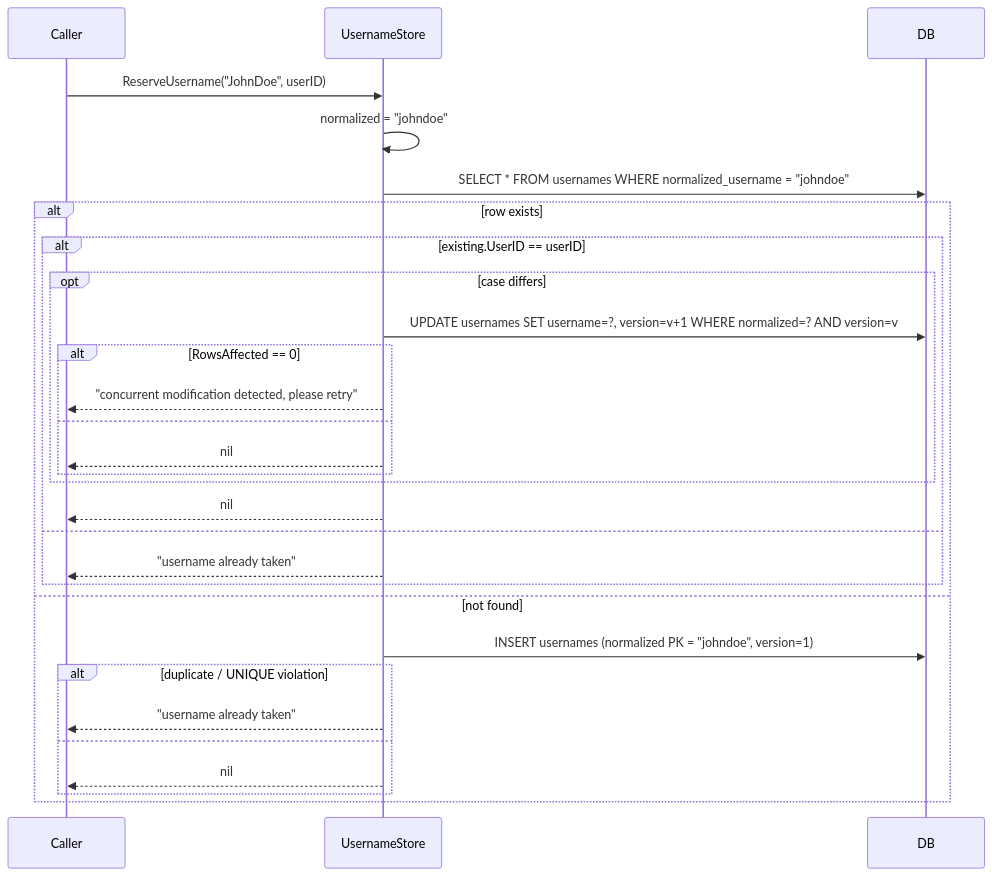
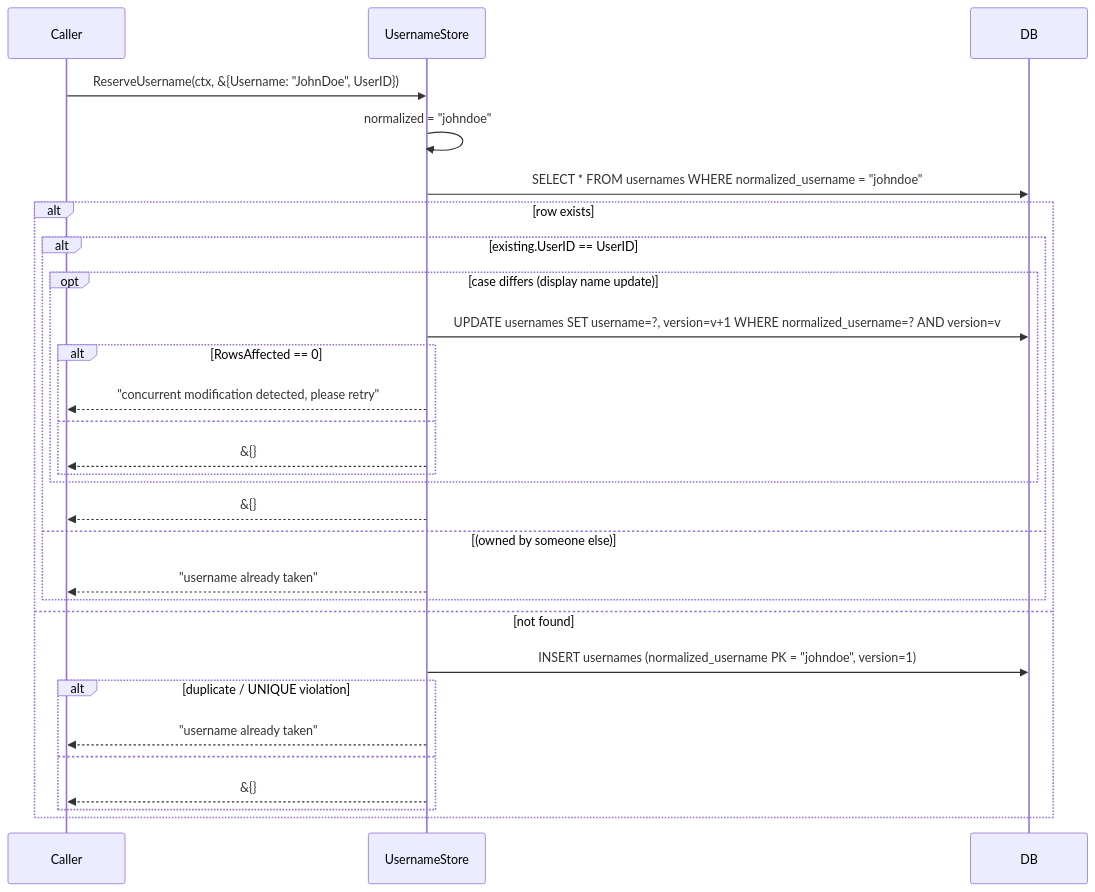
One commit to panyam/oneauth changed the fourth of 5 diagrams in stores/gorm/DESIGN.md. Above: the diagram before and after it, drawn with Mermaid. The commit also changed other lines of this file and 38 other files, not shown here.

````diff
--- a/stores/gorm/DESIGN.md
+++ b/stores/gorm/DESIGN.md
@@ -128,31 +132,31 @@
 ```mermaid
 sequenceDiagram
     participant Caller
     participant UsernameStore
     participant DB
-    Caller->>UsernameStore: ReserveUsername("JohnDoe", userID)
+    Caller->>UsernameStore: ReserveUsername(ctx, &{Username: "JohnDoe", UserID})
     UsernameStore->>UsernameStore: normalized = "johndoe"
     UsernameStore->>DB: SELECT * FROM usernames WHERE normalized_username = "johndoe"
     alt row exists
-        alt existing.UserID == userID
-            opt case differs
-                UsernameStore->>DB: UPDATE usernames SET username=?, version=v+1 WHERE normalized=? AND version=v
+        alt existing.UserID == UserID
+            opt case differs (display name update)
+                UsernameStore->>DB: UPDATE usernames SET username=?, version=v+1 WHERE normalized_username=? AND version=v
                 alt RowsAffected == 0
                     UsernameStore-->>Caller: "concurrent modification detected, please retry"
                 else
-                    UsernameStore-->>Caller: nil
+                    UsernameStore-->>Caller: &{}
                 end
             end
-            UsernameStore-->>Caller: nil
-        else
+            UsernameStore-->>Caller: &{}
+        else (owned by someone else)
             UsernameStore-->>Caller: "username already taken"
         end
     else not found
-        UsernameStore->>DB: INSERT usernames (normalized PK = "johndoe", version=1)
+        UsernameStore->>DB: INSERT usernames (normalized_username PK = "johndoe", version=1)
         alt duplicate / UNIQUE violation
             UsernameStore-->>Caller: "username already taken"
         else
-            UsernameStore-->>Caller: nil
+            UsernameStore-->>Caller: &{}
         end
     end
 ```
````
